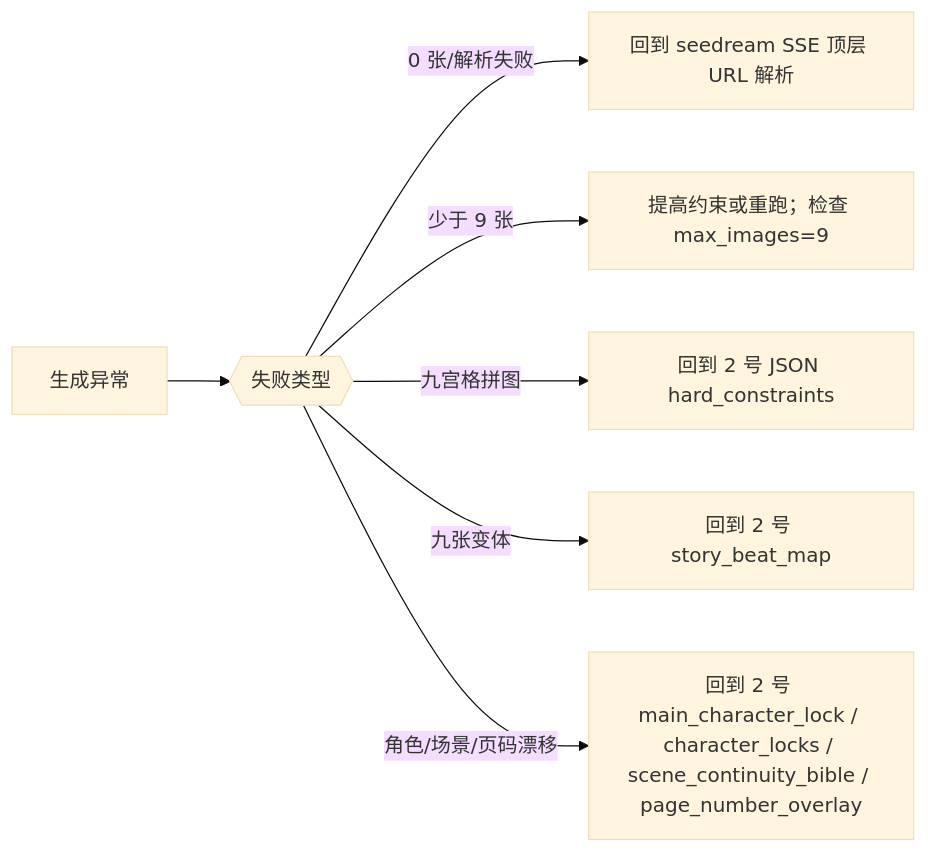
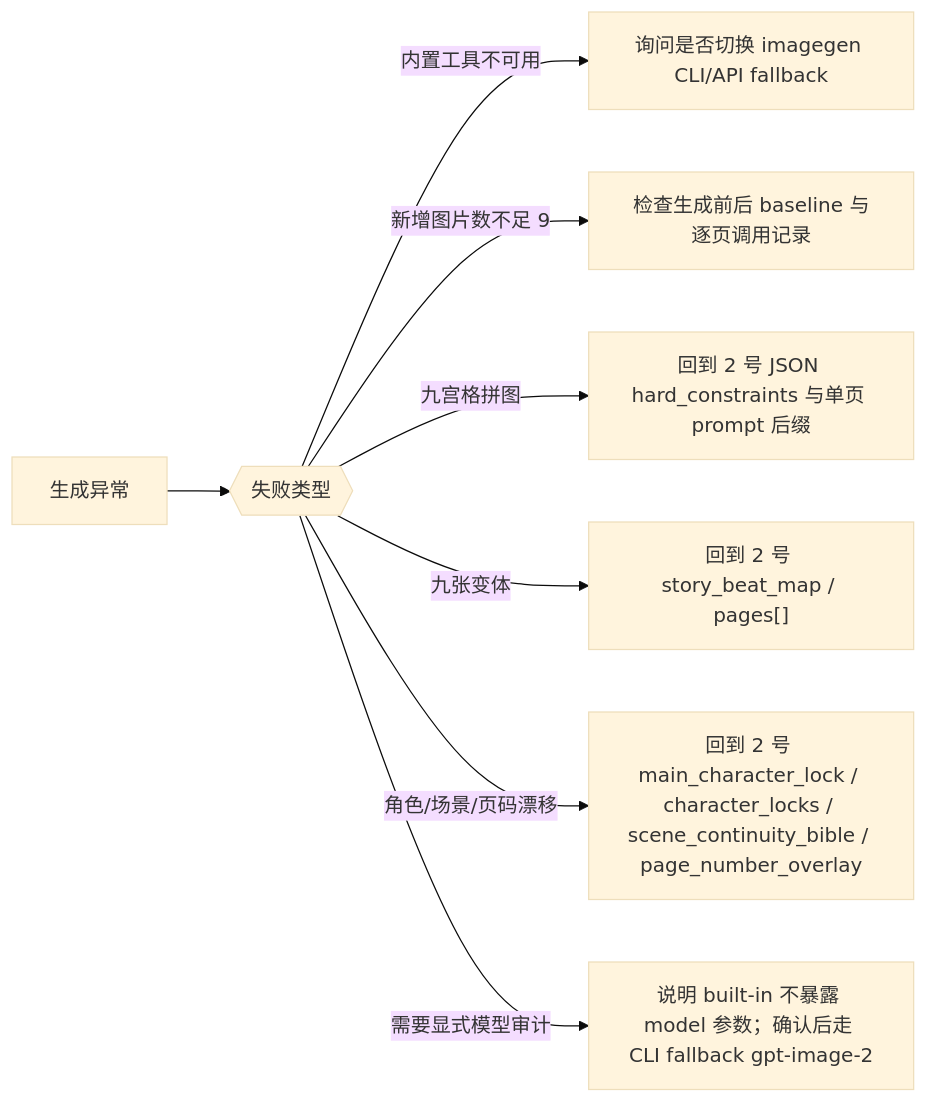
Before and after one commit to ZEN-VOID/AI-CUT: the second of 2 diagrams in .agents/skills/comic/3-漫画生成/SKILL.md, drawn with Mermaid (base theme). The commit also changed other lines of this file and 59 other files, not shown here.

````diff
--- a/.agents/skills/comic/3-漫画生成/SKILL.md
+++ b/.agents/skills/comic/3-漫画生成/SKILL.md
@@ -98,9 +105,10 @@
 ```mermaid
 flowchart LR
     A["生成异常"] --> B{{"失败类型"}}
-    B -->|"0 张/解析失败"| C["回到 seedream SSE 顶层 URL 解析"]
-    B -->|"少于 9 张"| D["提高约束或重跑；检查 max_images=9"]
-    B -->|"九宫格拼图"| E["回到 2 号 JSON hard_constraints"]
-    B -->|"九张变体"| F["回到 2 号 story_beat_map"]
+    B -->|"内置工具不可用"| C["询问是否切换 imagegen CLI/API fallback"]
+    B -->|"新增图片数不足 9"| D["检查生成前后 baseline 与逐页调用记录"]
+    B -->|"九宫格拼图"| E["回到 2 号 JSON hard_constraints 与单页 prompt 后缀"]
+    B -->|"九张变体"| F["回到 2 号 story_beat_map / pages[]"]
     B -->|"角色/场景/页码漂移"| G["回到 2 号 main_character_lock / character_locks / scene_continuity_bible / page_number_overlay"]
+    B -->|"需要显式模型审计"| H["说明 built-in 不暴露 model 参数；确认后走 CLI fallback gpt-image-2"]
 ```
````
